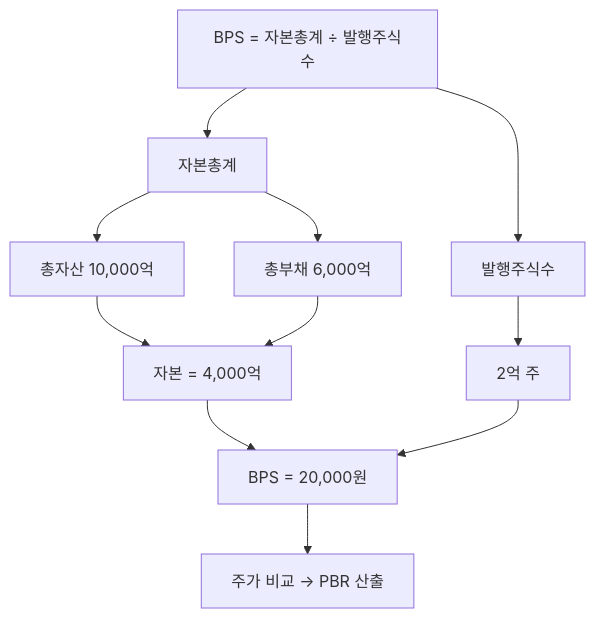
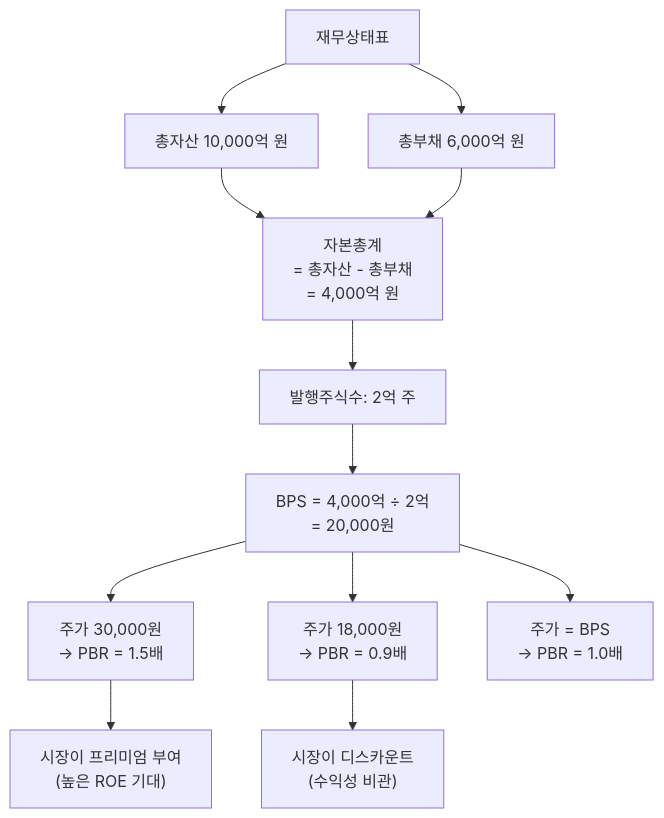
The diagram in content/stock-terms/ko/level-05-valuation/bps.md (yeongseon/stock-visual-note), drawn with Mermaid before and after one commit. The commit also changed other lines of this file, not shown here.

Commit message:
content: rewrite bps.md — BPS 희석 시나리오, 조정 BPS, NAV 분석, 11노드 Mermaid, 4개 오해 추가

````diff
--- a/content/stock-terms/ko/level-05-valuation/bps.md
+++ b/content/stock-terms/ko/level-05-valuation/bps.md
@@ -39,14 +47,19 @@
 ```mermaid
 graph TD
-    A["BPS = 자본총계 ÷ 발행주식수"]
-    A --> B["자본총계"]
-    A --> C["발행주식수"]
-    B --> B1["총자산 10,000억"]
-    B --> B2["총부채 6,000억"]
-    B1 --> D["자본 = 4,000억"]
-    B2 --> D
-    C --> E["2억 주"]
-    D --> F["BPS = 20,000원"]
-    E --> F
-    F --> G["주가 비교 → PBR 산출"]
+    A["재무상태표"]
+    A --> B["총자산 10,000억 원"]
+    A --> C["총부채 6,000억 원"]
+
+    B --> D["자본총계<br>= 총자산 - 총부채<br>= 4,000억 원"]
+    C --> D
+
+    D --> E["발행주식수: 2억 주"]
+    E --> F["BPS = 4,000억 ÷ 2억<br>= 20,000원"]
+
+    F --> G["주가 30,000원<br>→ PBR = 1.5배"]
+    F --> H["주가 18,000원<br>→ PBR = 0.9배"]
+    F --> I["주가 = BPS<br>→ PBR = 1.0배"]
+
+    G --> J["시장이 프리미엄 부여<br>(높은 ROE 기대)"]
+    H --> K["시장이 디스카운트<br>(수익성 비관)"]
 ```
````
